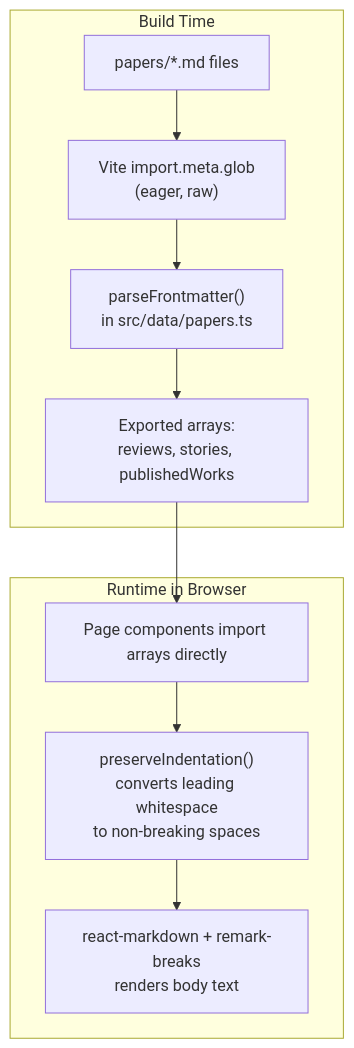
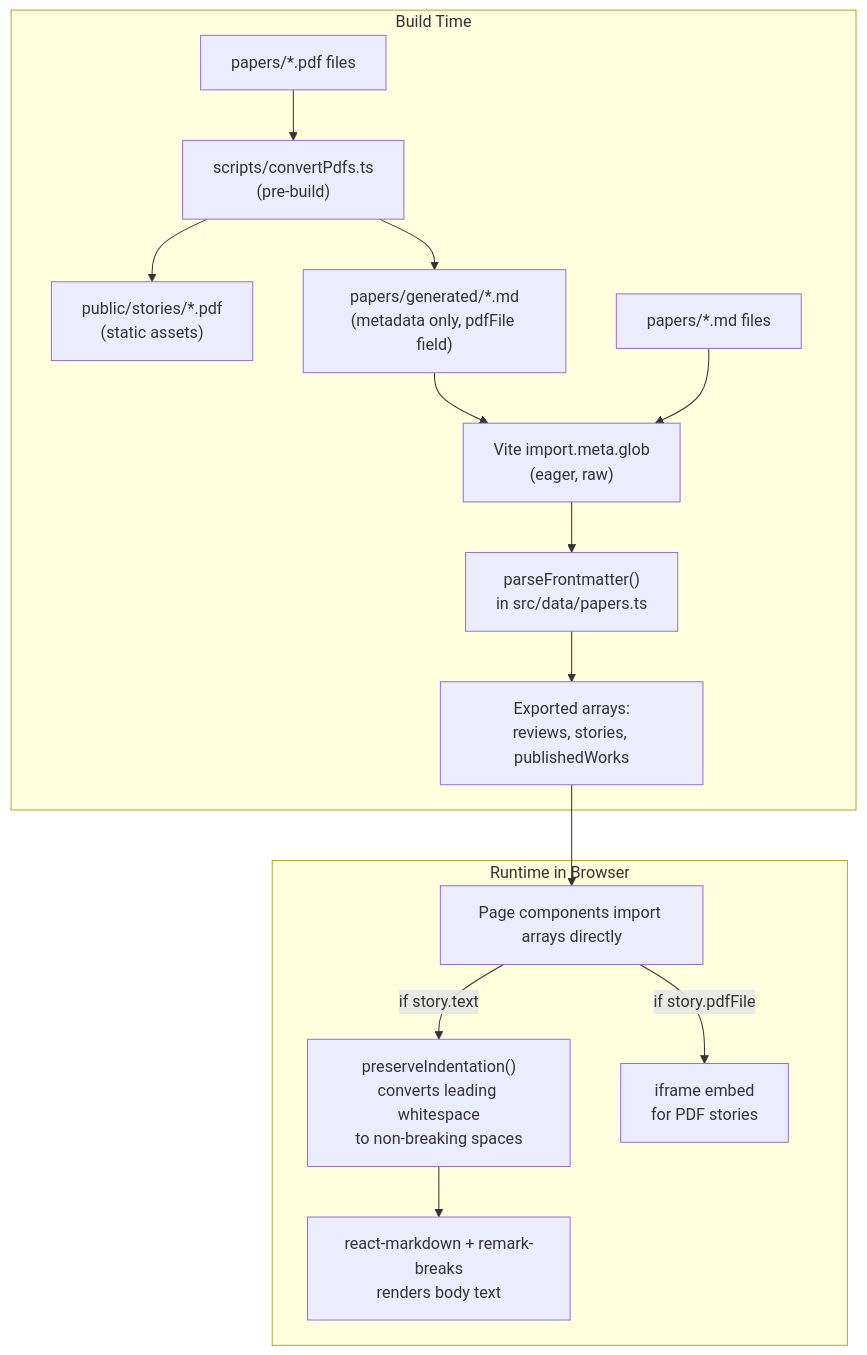
One commit to HaydenHenderson3/haydenhenderson changed the diagram in AGENTS.md. Above: the diagram before and after it, drawn with Mermaid. The commit also changed other lines of this file and 10 other files, not shown here.

````diff
--- a/AGENTS.md
+++ b/AGENTS.md
@@ -21,18 +21,28 @@
 ```mermaid
 flowchart TD
     subgraph buildTime [Build Time]
+        PDF["papers/*.pdf files"]
+        Script["scripts/convertPdfs.ts\n(pre-build)"]
+        CopyPDF["public/stories/*.pdf\n(static assets)"]
+        GenMD["papers/generated/*.md\n(metadata only, pdfFile field)"]
         MD["papers/*.md files"]
         Glob["Vite import.meta.glob\n(eager, raw)"]
         Parser["parseFrontmatter()\nin src/data/papers.ts"]
         Arrays["Exported arrays:\nreviews, stories, publishedWorks"]
     end
 
     subgraph runtime [Runtime in Browser]
         Pages["Page components import arrays directly"]
         RMD["react-markdown + remark-breaks\nrenders body text"]
         Preserve["preserveIndentation()\nconverts leading whitespace\nto non-breaking spaces"]
+        Iframe["iframe embed\nfor PDF stories"]
     end
 
+    PDF --> Script --> CopyPDF
+    Script --> GenMD
+    GenMD --> Glob
     MD --> Glob --> Parser --> Arrays
-    Arrays --> Pages --> Preserve --> RMD
+    Arrays --> Pages
+    Pages -->|"if story.pdfFile"| Iframe
+    Pages -->|"if story.text"| Preserve --> RMD
 ```
````
